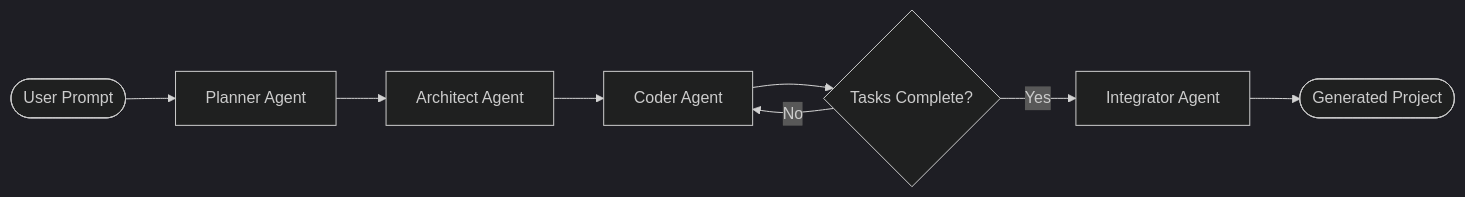
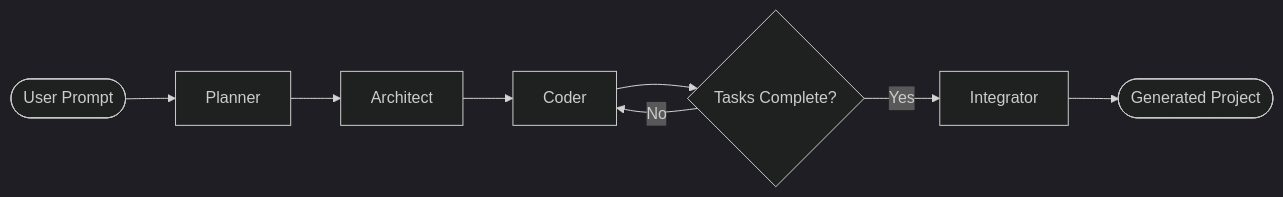
The diagram in README.md (adityaxxz/Adra-AI), drawn with Mermaid (dark theme) before and after one commit.

Commit message:
readme update

````diff
--- a/README.md
+++ b/README.md
@@ -7,21 +7,21 @@
 ```mermaid
 flowchart LR
 
-    User([User Prompt])
-    Planner[Planner Agent]
-    Architect[Architect Agent]
-    Coder[Coder Agent]
-    Decision{Tasks Complete?}
-    Integrator[Integrator Agent]
-    Output([Generated Project])
+    A([User Prompt])
+    B[Planner]
+    C[Architect]
+    D[Coder]
+    E{Tasks Complete?}
+    F[Integrator]
+    G([Generated Project])
 
-    User --> Planner
-    Planner --> Architect
-    Architect --> Coder
-    Coder --> Decision
+    A --> B
+    B --> C
+    C --> D
+    D --> E
 
-    Decision -->|No| Coder
-    Decision -->|Yes| Integrator
+    E -->|No| D
+    E -->|Yes| F
 
-    Integrator --> Output
+    F --> G
 ```
````
